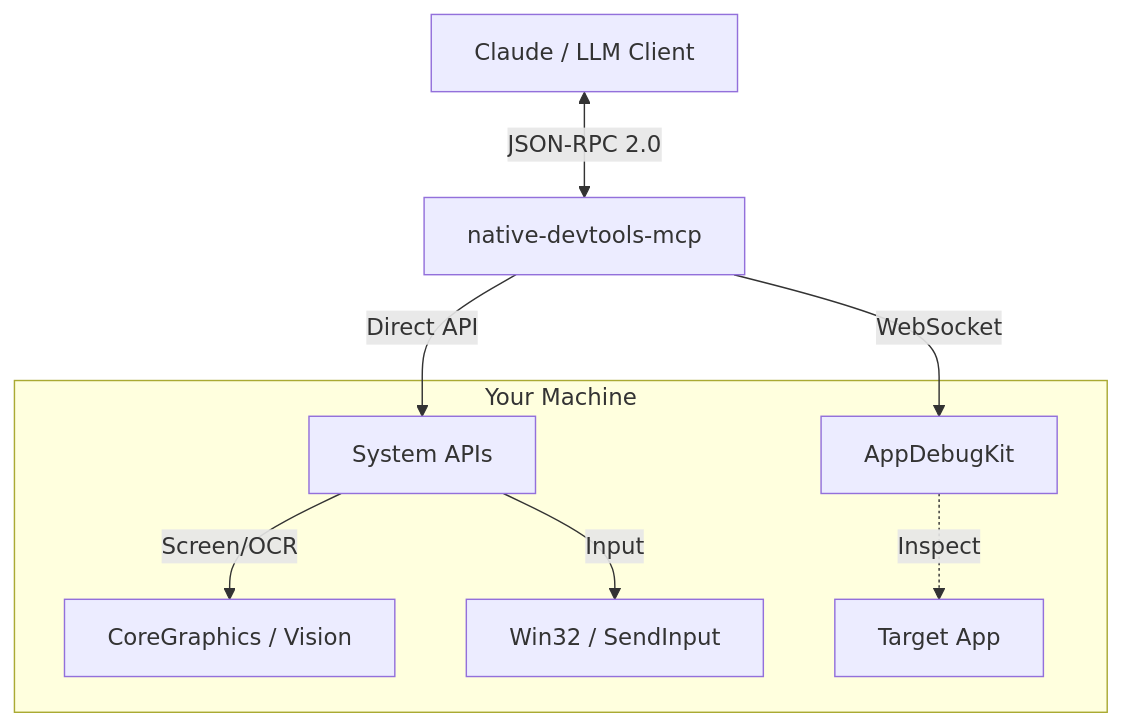
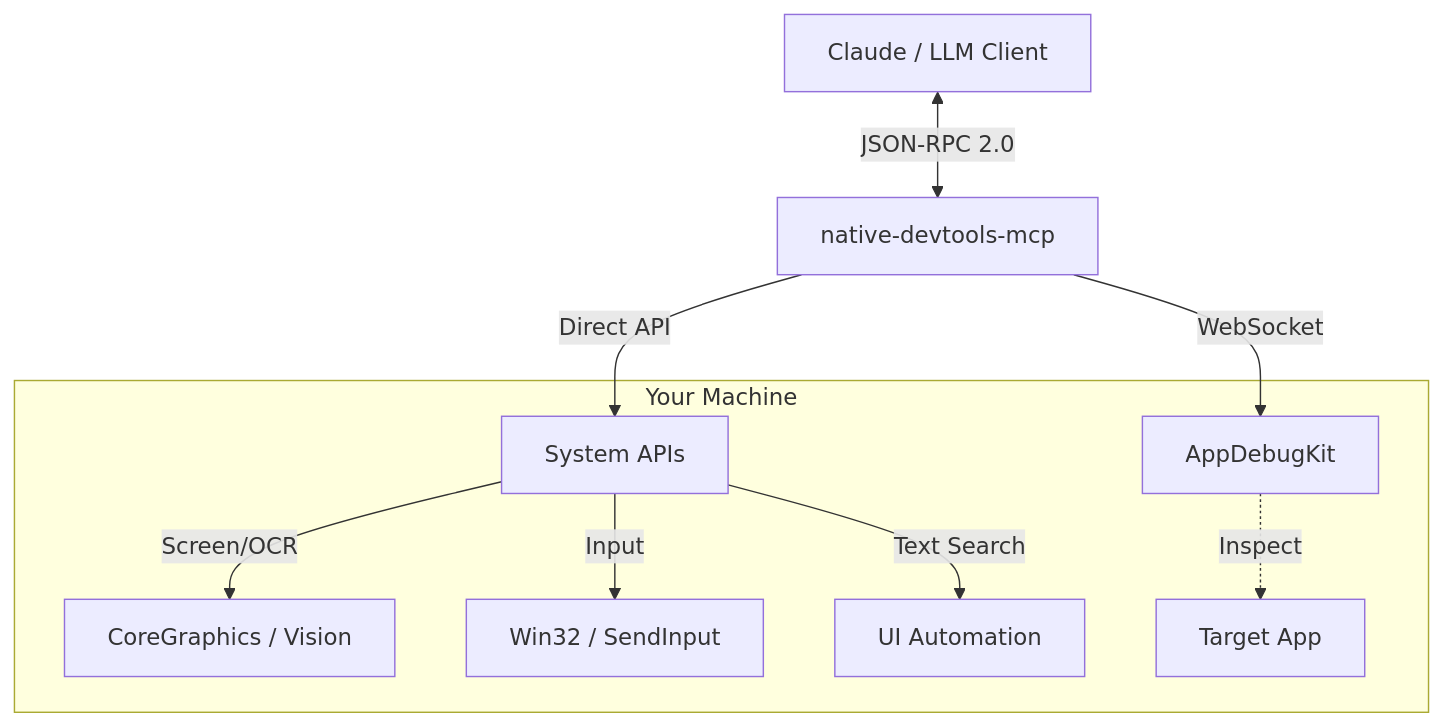
Before and after one commit to danielcdcj/native-devtools-mcp: the diagram in README.md, drawn with Mermaid. The commit also changed other lines of this file and 1 other file, not shown here.

Commit message:
docs: document UIA-based find_text on Windows in README and AGENTS.md

````diff
--- a/README.md
+++ b/README.md
@@ -184,12 +184,13 @@
 ```mermaid
 graph TD
     Client[Claude / LLM Client] <-->|JSON-RPC 2.0| Server[native-devtools-mcp]
     Server -->|Direct API| Sys[System APIs]
     Server -->|WebSocket| Debug[AppDebugKit]
 
     subgraph "Your Machine"
         Sys -->|Screen/OCR| macOS[CoreGraphics / Vision]
         Sys -->|Input| Win[Win32 / SendInput]
+        Sys -->|Text Search| UIA[UI Automation]
         Debug -.->|Inspect| App[Target App]
     end
 ```
````
